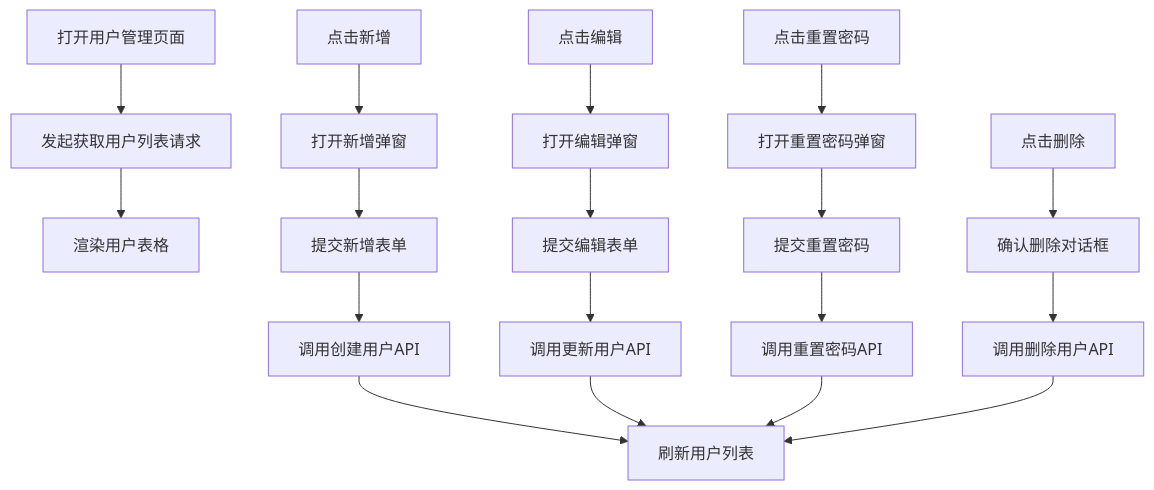
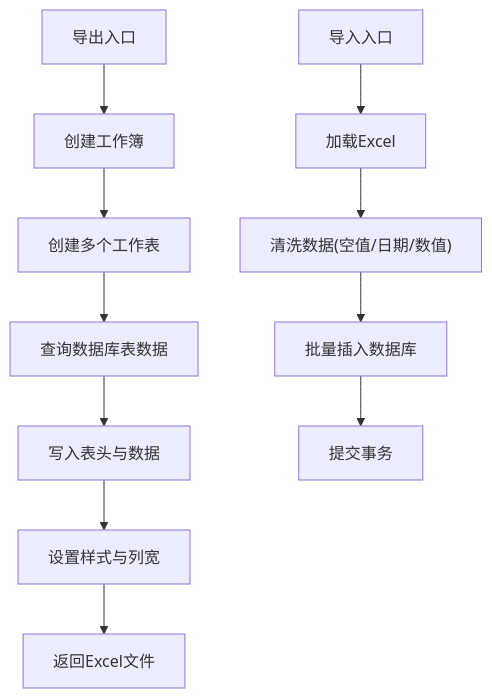
The sixth of 7 diagrams in .qoder/repowiki/zh/content/核心功能模块/用户管理模块.md (ismine3/OPS), drawn with Mermaid before and after one commit. The commit also changed other lines of this file and 109 other files, not shown here.

````diff
--- a/.qoder/repowiki/zh/content/核心功能模块/用户管理模块.md
+++ b/.qoder/repowiki/zh/content/核心功能模块/用户管理模块.md
@@ -297,20 +313,13 @@
 ```mermaid
 flowchart TD
-OpenPage["打开用户管理页面"] --> FetchData["发起获取用户列表请求"]
-FetchData --> RenderTable["渲染用户表格"]
-ClickAdd["点击新增"] --> OpenAddDialog["打开新增弹窗"]
-OpenAddDialog --> SubmitAdd["提交新增表单"]
-SubmitAdd --> CreateUser["调用创建用户API"]
-CreateUser --> RefreshList["刷新用户列表"]
-ClickEdit["点击编辑"] --> OpenEditDialog["打开编辑弹窗"]
-OpenEditDialog --> SubmitEdit["提交编辑表单"]
-SubmitEdit --> UpdateUser["调用更新用户API"]
-UpdateUser --> RefreshList
-ClickReset["点击重置密码"] --> OpenResetDialog["打开重置密码弹窗"]
-OpenResetDialog --> SubmitReset["提交重置密码"]
-SubmitReset --> ResetPassword["调用重置密码API"]
-ResetPassword --> RefreshList
-ClickDelete["点击删除"] --> ConfirmDelete["确认删除对话框"]
-ConfirmDelete --> DeleteUser["调用删除用户API"]
-DeleteUser --> RefreshList
+EStart["导出入口"] --> WB["创建工作簿"]
+WB --> Sheets["创建多个工作表"]
+Sheets --> Query["查询数据库表数据"]
+Query --> Write["写入表头与数据"]
+Write --> Style["设置样式与列宽"]
+Style --> Send["返回Excel文件"]
+IStart["导入入口"] --> Load["加载Excel"]
+Load --> Clean["清洗数据(空值/日期/数值)"]
+Clean --> Insert["批量插入数据库"]
+Insert --> Commit["提交事务"]
 ```
````
